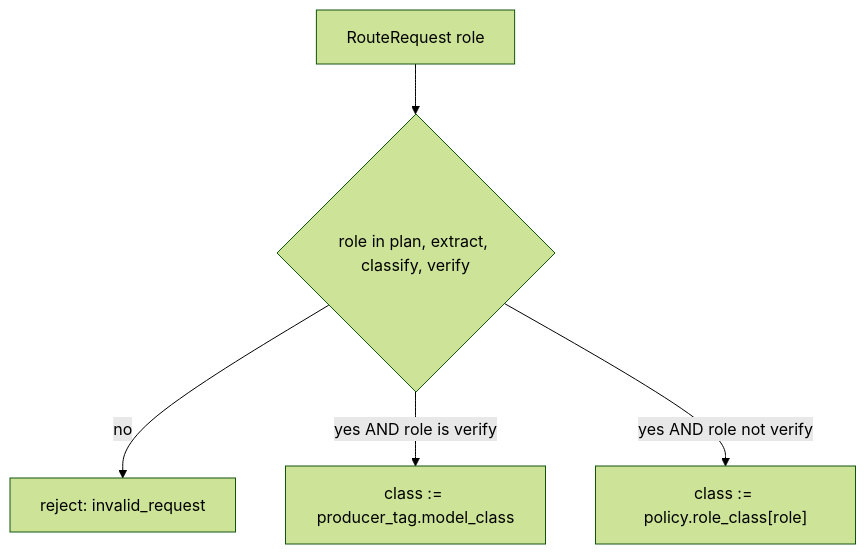
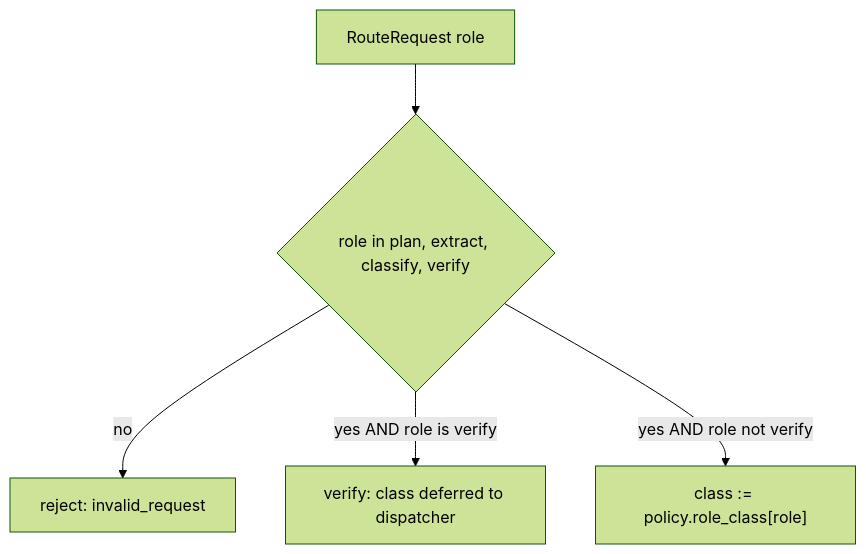
The third of 8 diagrams in designs/model-router/LLD.md (febufenn-cyber/drawing-office-v2), drawn with Mermaid (forest theme) before and after one commit. The commit also changed other lines of this file and 6 other files, not shown here.

````diff
--- a/designs/model-router/LLD.md
+++ b/designs/model-router/LLD.md
@@ -114,7 +114,7 @@
 ```mermaid
 flowchart TB
     IN["RouteRequest role"] --> CHK{"role in plan, extract, classify, verify"}
     CHK -->|no| REJ["reject: invalid_request"]
-    CHK -->|yes AND role is verify| VER["class := producer_tag.model_class"]
+    CHK -->|yes AND role is verify| VER["verify: class deferred to dispatcher"]
     CHK -->|yes AND role not verify| MAP["class := policy.role_class[role]"]
 ```
````
